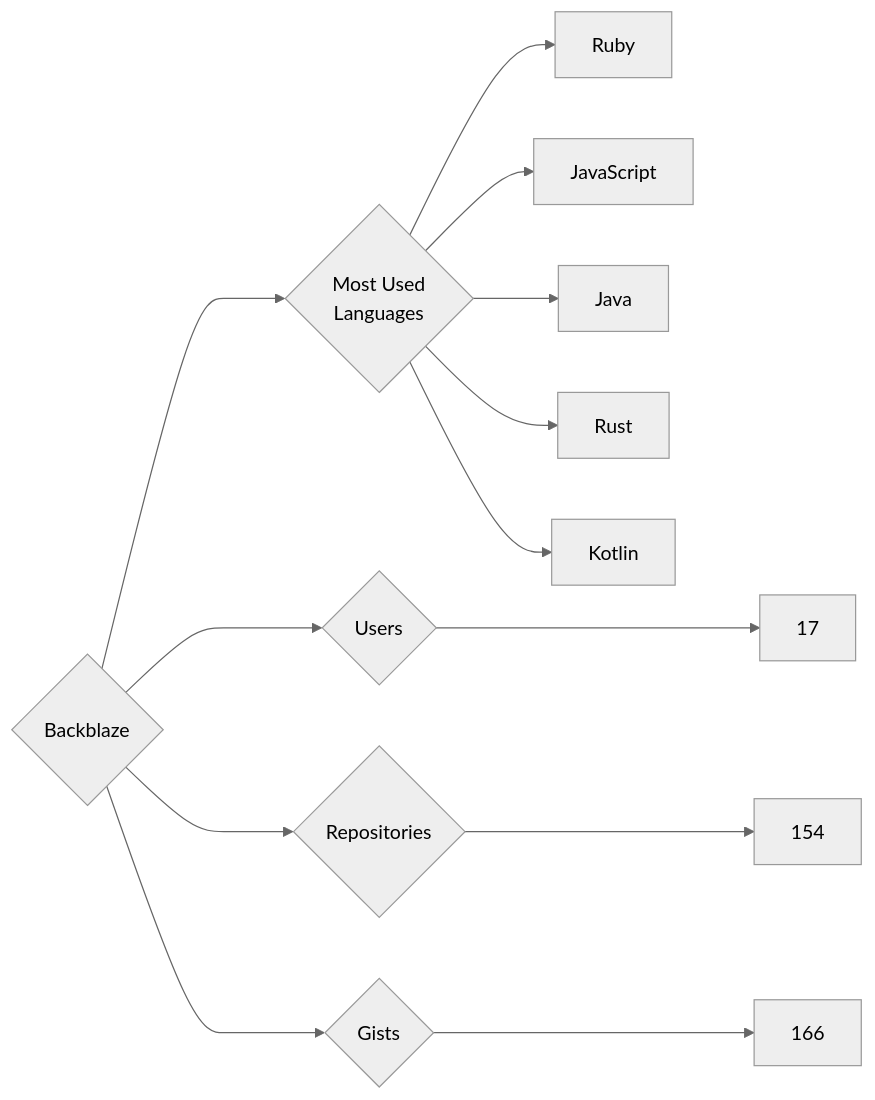
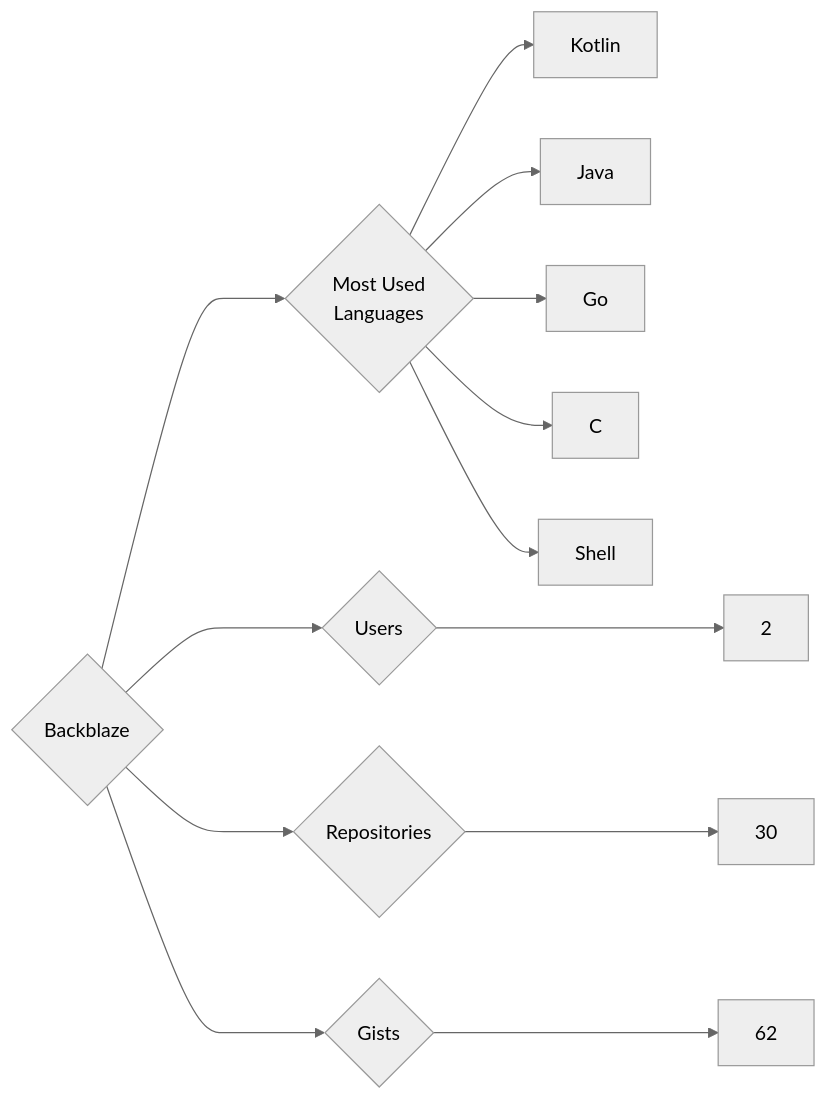
Before and after one commit to trickest/insiders: the diagram in targets/Backblaze/README.md, drawn with Mermaid (neutral theme). The commit also changed 895 other files, not shown here.

````diff
--- a/targets/Backblaze/README.md
+++ b/targets/Backblaze/README.md
@@ -3,13 +3,13 @@
 ```mermaid
 graph LR
 COMPANY_NAME{Backblaze}
-COMPANY_NAME ---> U{Users} ---> UN[17]
-COMPANY_NAME ---> R{Repositories} ---> RN[154]
-COMPANY_NAME ---> G{Gists} ---> GN[166]
+COMPANY_NAME ---> U{Users} ---> UN[2]
+COMPANY_NAME ---> R{Repositories} ---> RN[30]
+COMPANY_NAME ---> G{Gists} ---> GN[62]
 COMPANY_NAME ---> ML{Most Used<br>Languages}
-ML --> Ruby[Ruby]
-ML --> JavaScript[JavaScript]
+ML --> Kotlin[Kotlin]
 ML --> Java[Java]
-ML --> Rust[Rust]
-ML --> Kotlin[Kotlin]
+ML --> Go[Go]
+ML --> C[C]
+ML --> Shell[Shell]
 ```
````
